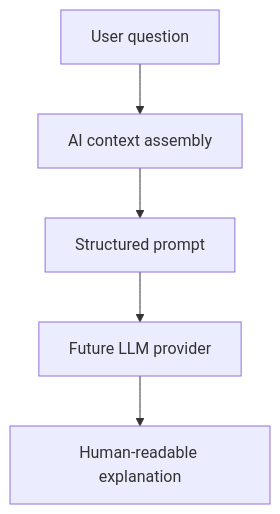
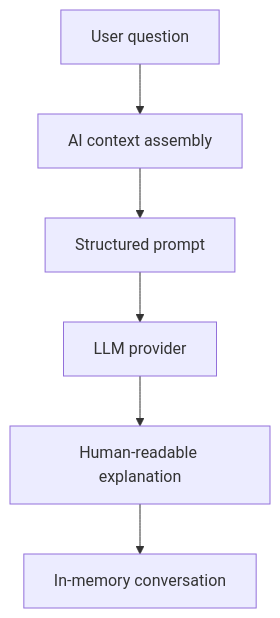
One commit to happelj/accessiq changed diagram 15 of 15 in docs/architecture.md. Above: the diagram before and after it, drawn with Mermaid. The commit also changed other lines of this file and 16 other files, not shown here.

````diff
--- a/docs/architecture.md
+++ b/docs/architecture.md
@@ -511,13 +519,15 @@
 ```mermaid
 flowchart TD
     Question["User question"]
     Context["AI context assembly"]
     Prompt["Structured prompt"]
-    Provider["Future LLM provider"]
+    Provider["LLM provider"]
     UserFacing["Human-readable explanation"]
+    Conversation["In-memory conversation"]
 
     Question --> Context
     Context --> Prompt
     Prompt --> Provider
     Provider --> UserFacing
+    UserFacing --> Conversation
 ```
````
